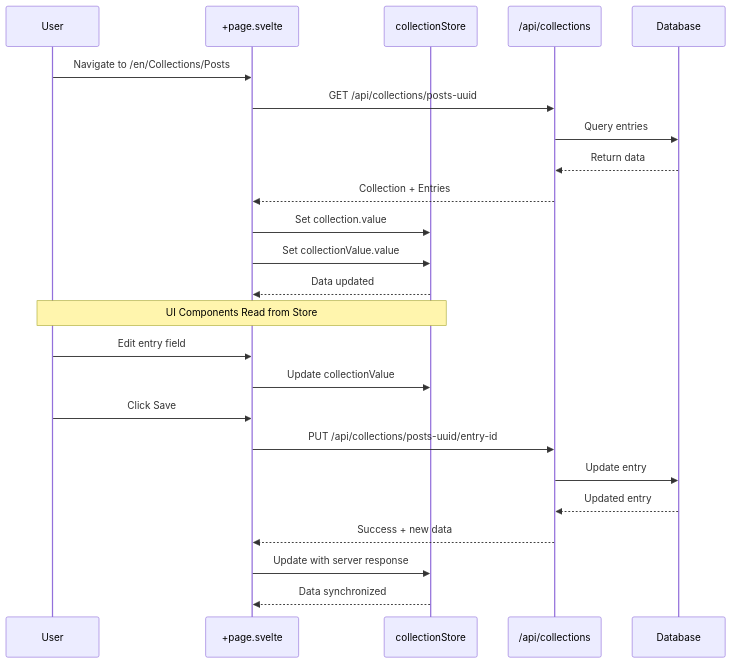
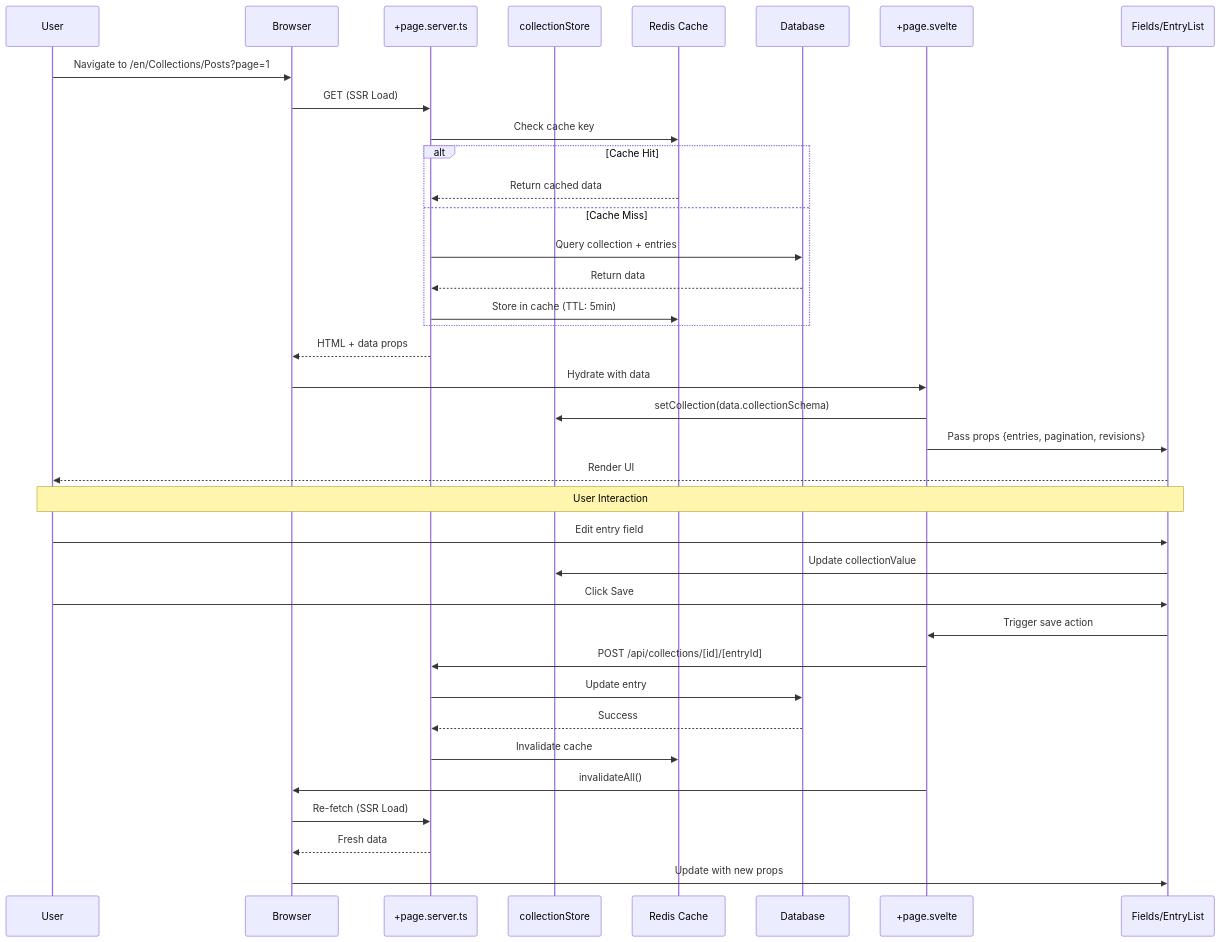
Before and after one commit to SveltyCMS/SveltyCMS: the diagram in docs/architecture/collection-store-dataflow.mdx, drawn with Mermaid. The commit also changed other lines of this file and 51 other files, not shown here.

Commit message:
chore:ssr for entrylist/fields with better types

````diff
--- a/docs/architecture/collection-store-dataflow.mdx
+++ b/docs/architecture/collection-store-dataflow.mdx
@@ -31,30 +44,45 @@
 ```mermaid
 sequenceDiagram
     participant User
-    participant Page as +page.svelte
+    participant Browser
+    participant PageServer as +page.server.ts
     participant Store as collectionStore
-    participant API as /api/collections
+    participant Cache as Redis Cache
     participant DB as Database
+    participant PageSvelte as +page.svelte
+    participant Component as Fields/EntryList
 
-    User->>Page: Navigate to /en/Collections/Posts
-    Page->>API: GET /api/collections/posts-uuid
-    API->>DB: Query entries
-    DB-->>API: Return data
-    API-->>Page: Collection + Entries
-    Page->>Store: Set collection.value
-    Page->>Store: Set collectionValue.value
-    Store-->>Page: Data updated
+    User->>Browser: Navigate to /en/Collections/Posts?page=1
+    Browser->>PageServer: GET (SSR Load)
+    PageServer->>Cache: Check cache key
 
-    Note over User,Store: UI Components Read from Store
+    alt Cache Hit
+        Cache-->>PageServer: Return cached data
+    else Cache Miss
+        PageServer->>DB: Query collection + entries
+        DB-->>PageServer: Return data
+        PageServer->>Cache: Store in cache (TTL: 5min)
+    end
 
-    User->>Page: Edit entry field
-    Page->>Store: Update collectionValue
+    PageServer-->>Browser: HTML + data props
+    Browser->>PageSvelte: Hydrate with data
+    PageSvelte->>Store: setCollection(data.collectionSchema)
+    PageSvelte->>Component: Pass props {entries, pagination, revisions}
+    Component-->>User: Render UI
 
-    User->>Page: Click Save
-    Page->>API: PUT /api/collections/posts-uuid/entry-id
-    API->>DB: Update entry
-    DB-->>API: Updated entry
-    API-->>Page: Success + new data
-    Page->>Store: Update with server response
-    Store-->>Page: Data synchronized
+    Note over User,Component: User Interaction
+
+    User->>Component: Edit entry field
+    Component->>Store: Update collectionValue
+
+    User->>Component: Click Save
+    Component->>PageSvelte: Trigger save action
+    PageSvelte->>PageServer: POST /api/collections/[id]/[entryId]
+    PageServer->>DB: Update entry
+    DB-->>PageServer: Success
+    PageServer->>Cache: Invalidate cache
+    PageSvelte->>Browser: invalidateAll()
+    Browser->>PageServer: Re-fetch (SSR Load)
+    PageServer-->>Browser: Fresh data
+    Browser->>Component: Update with new props
 ```
````
